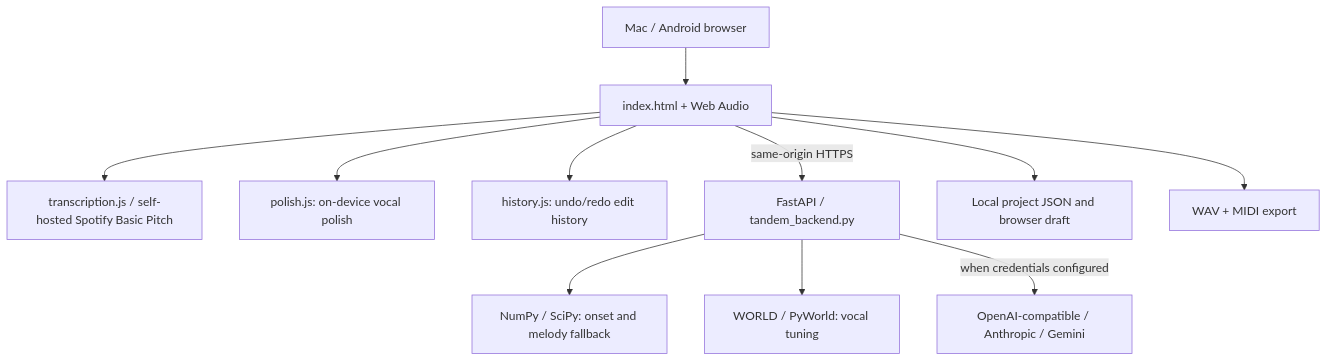
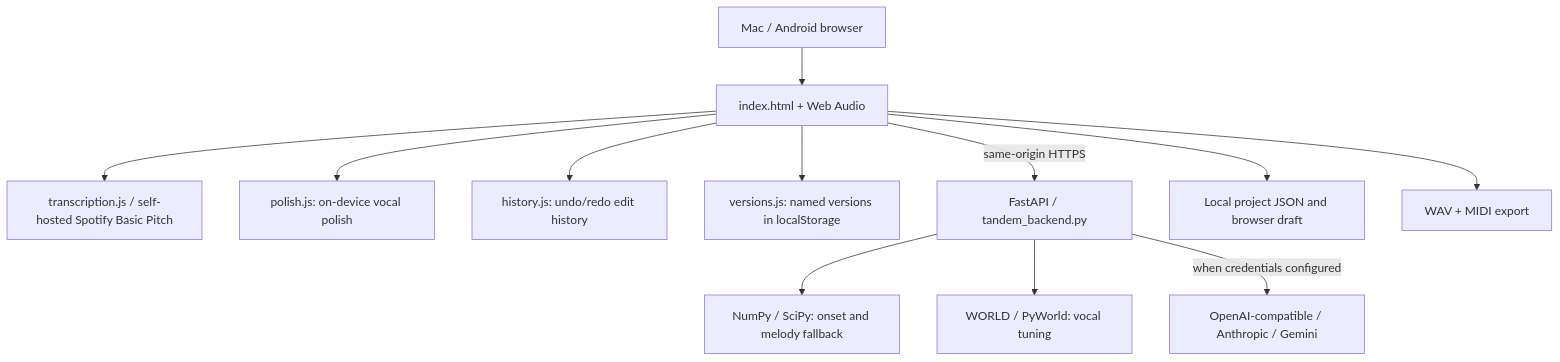
One commit to ogoldberg/tandem-music changed the diagram in docs/ARCHITECTURE.md. Above: the diagram before and after it, drawn with Mermaid. The commit also changed other lines of this file and 12 other files, not shown here.

First line of the commit message:
EDIT.2: named project versions saved in the browser (#20)

````diff
--- a/docs/ARCHITECTURE.md
+++ b/docs/ARCHITECTURE.md
@@ -7,13 +7,14 @@
 ```mermaid
 flowchart TD
   User[Mac / Android browser] --> UI[index.html + Web Audio]
   UI --> Basic[transcription.js / self-hosted Spotify Basic Pitch]
   UI --> Polish[polish.js: on-device vocal polish]
   UI --> History[history.js: undo/redo edit history]
+  UI --> Versions[versions.js: named versions in localStorage]
   UI -->|same-origin HTTPS| API[FastAPI / tandem_backend.py]
   API --> DSP[NumPy / SciPy: onset and melody fallback]
   API --> World[WORLD / PyWorld: vocal tuning]
   API -->|when credentials configured| LLM[OpenAI-compatible / Anthropic / Gemini]
   UI --> Local[Local project JSON and browser draft]
   UI --> Export[WAV + MIDI export]
 ```
````
